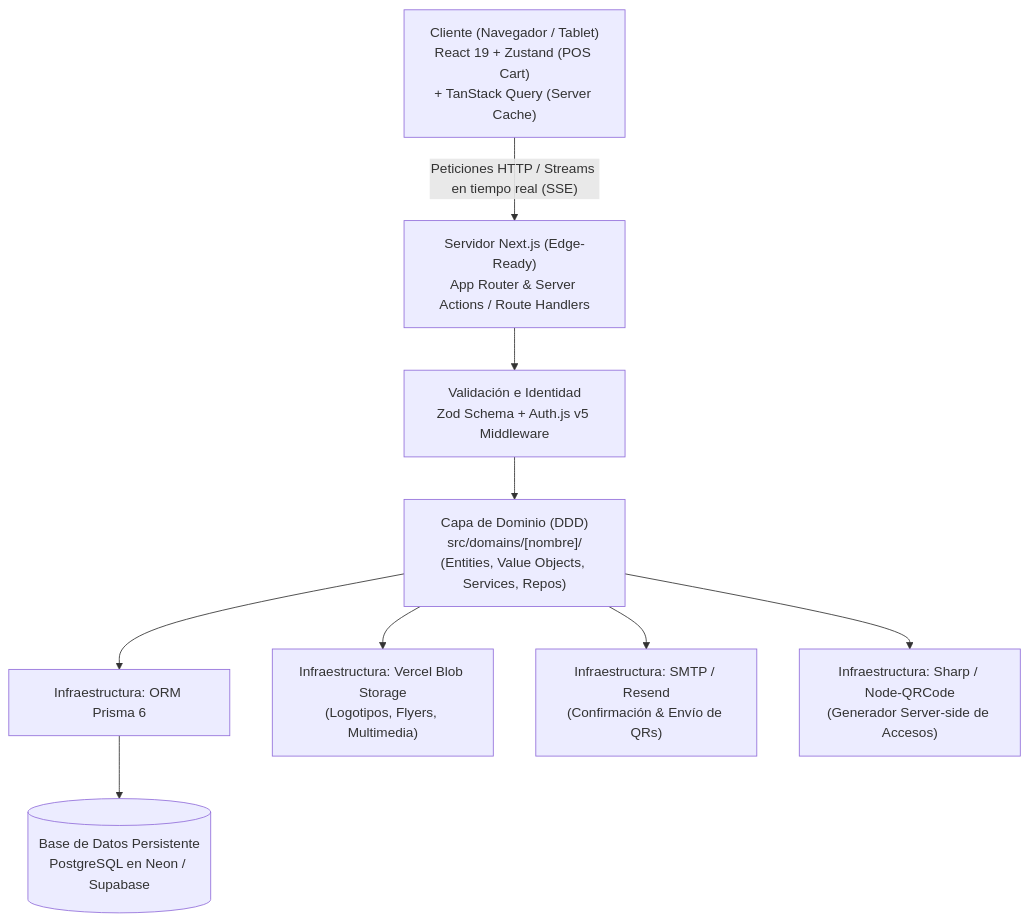
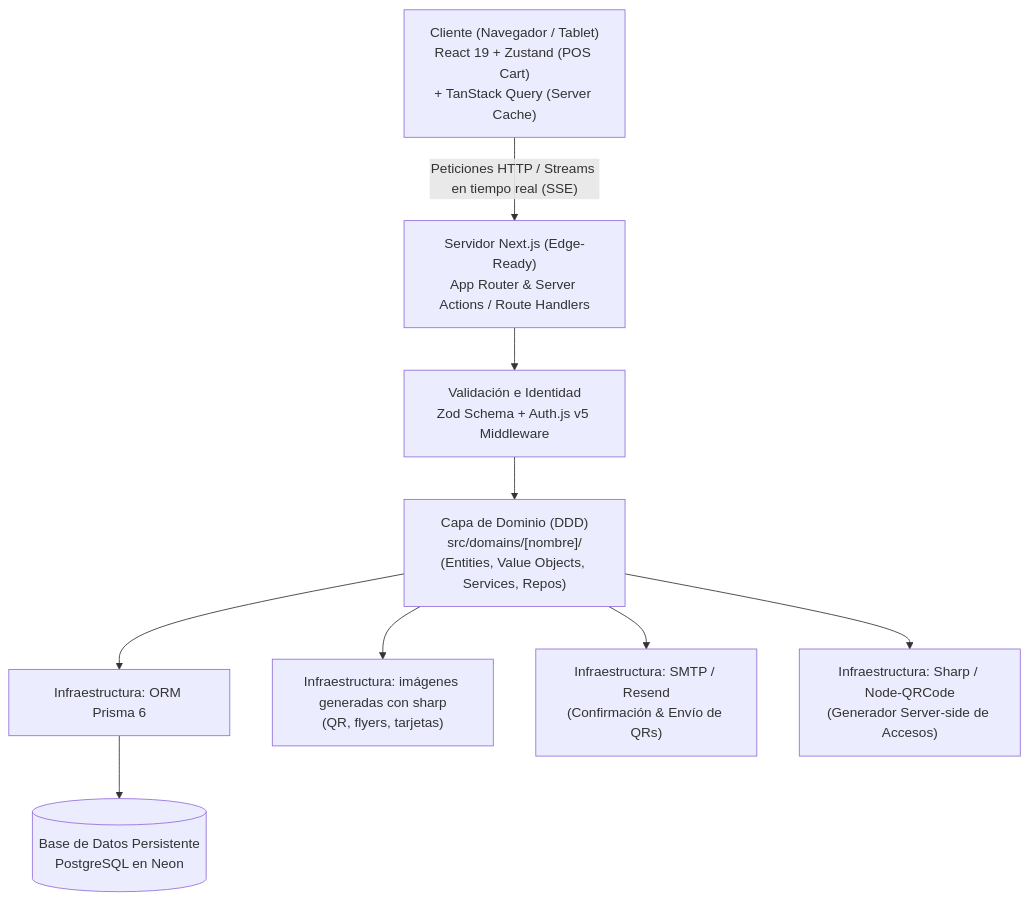
The first of 2 diagrams in README.md (Zann181/dmt-sistema-v2), drawn with Mermaid before and after one commit. The commit also changed other lines of this file and 37 other files, not shown here.

````diff
--- a/README.md
+++ b/README.md
@@ -25,27 +25,27 @@
 ```mermaid
 graph TD
     Client["Cliente (Navegador / Tablet)<br>React 19 + Zustand (POS Cart)<br>+ TanStack Query (Server Cache)"] 
     
     NextServer["Servidor Next.js (Edge-Ready)<br>App Router & Server Actions / Route Handlers"]
     
     AuthCheck["Validación e Identidad<br>Zod Schema + Auth.js v5 Middleware"]
     
     Domain["Capa de Dominio (DDD)<br>src/domains/[nombre]/<br>(Entities, Value Objects, Services, Repos)"]
     
     InfraPrisma["Infraestructura: ORM Prisma 6"]
-    DB[(Base de Datos Persistente<br>PostgreSQL en Neon / Supabase)]
+    DB[(Base de Datos Persistente<br>PostgreSQL en Neon)]
     
-    InfraBlob["Infraestructura: Vercel Blob Storage<br>(Logotipos, Flyers, Multimedia)"]
+    InfraBlob["Infraestructura: imágenes generadas con sharp<br>(QR, flyers, tarjetas)"]
     InfraMail["Infraestructura: SMTP / Resend<br>(Confirmación & Envío de QRs)"]
     InfraQR["Infraestructura: Sharp / Node-QRCode<br>(Generador Server-side de Accesos)"]
 
     %% Conexiones
     Client -- "Peticiones HTTP / Streams en tiempo real (SSE)" --> NextServer
     NextServer --> AuthCheck
     AuthCheck --> Domain
     Domain --> InfraPrisma
     InfraPrisma --> DB
     Domain --> InfraBlob
     Domain --> InfraMail
     Domain --> InfraQR
 ```
````
